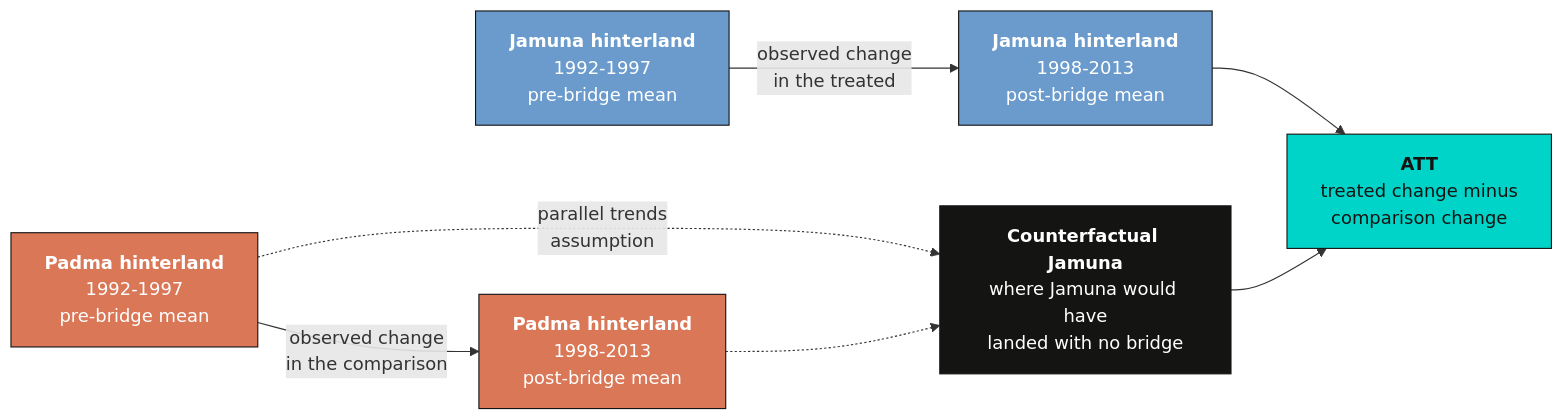
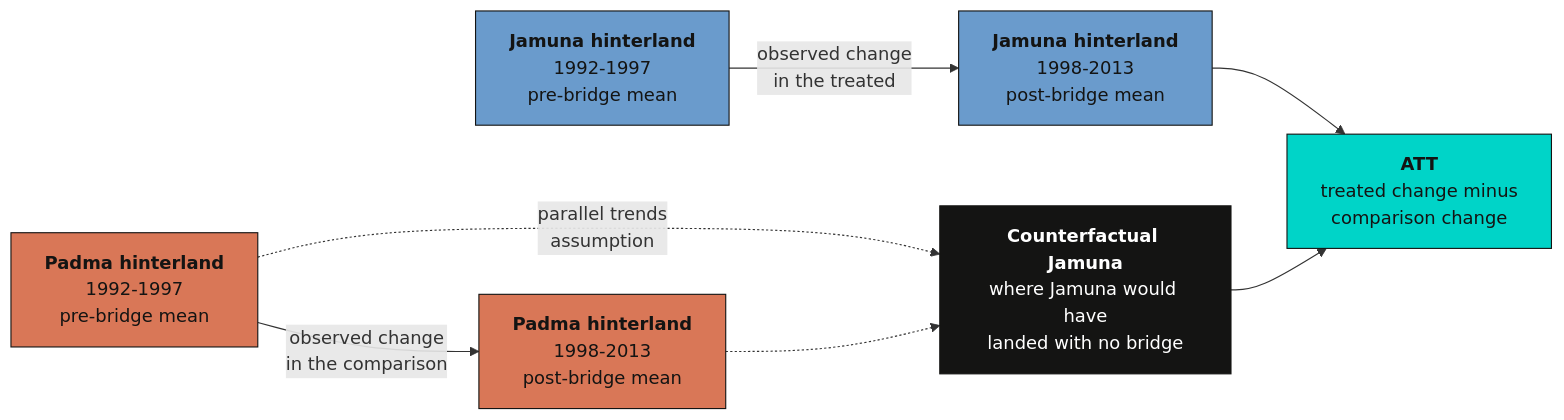
One commit to cmg777/starter-academic-v501 changed the second of 5 diagrams in content/post/python_bridge_impact/index.md. Above: the diagram before and after it, drawn with Mermaid. The commit also changed other lines of this file and 67 other files, not shown here.

First line of the commit message:
fix(mermaid): readable diagram text in both themes across the site

````diff
--- a/content/post/python_bridge_impact/index.md
+++ b/content/post/python_bridge_impact/index.md
@@ -358,16 +358,16 @@
 ```mermaid
 graph LR
     J0["<b>Jamuna hinterland</b><br/>1992-1997<br/>pre-bridge mean"] -->|"observed change<br/>in the treated"| J1["<b>Jamuna hinterland</b><br/>1998-2013<br/>post-bridge mean"]
     P0["<b>Padma hinterland</b><br/>1992-1997<br/>pre-bridge mean"] -->|"observed change<br/>in the comparison"| P1["<b>Padma hinterland</b><br/>1998-2013<br/>post-bridge mean"]
     P0 -.->|"parallel trends<br/>assumption"| CF["<b>Counterfactual Jamuna</b><br/>where Jamuna would have<br/>landed with no bridge"]
     P1 -.-> CF
     J1 --> ATT["<b>ATT</b><br/>treated change minus<br/>comparison change"]
     CF --> ATT
 
-    style J0 fill:#6a9bcc,stroke:#141413,color:#fff
-    style J1 fill:#6a9bcc,stroke:#141413,color:#fff
-    style P0 fill:#d97757,stroke:#141413,color:#fff
-    style P1 fill:#d97757,stroke:#141413,color:#fff
+    style J0 fill:#6a9bcc,stroke:#141413,color:#141413
+    style J1 fill:#6a9bcc,stroke:#141413,color:#141413
+    style P0 fill:#d97757,stroke:#141413,color:#141413
+    style P1 fill:#d97757,stroke:#141413,color:#141413
     style CF fill:#141413,stroke:#141413,color:#fff
     style ATT fill:#00d4c8,stroke:#141413,color:#141413
 ```
````
